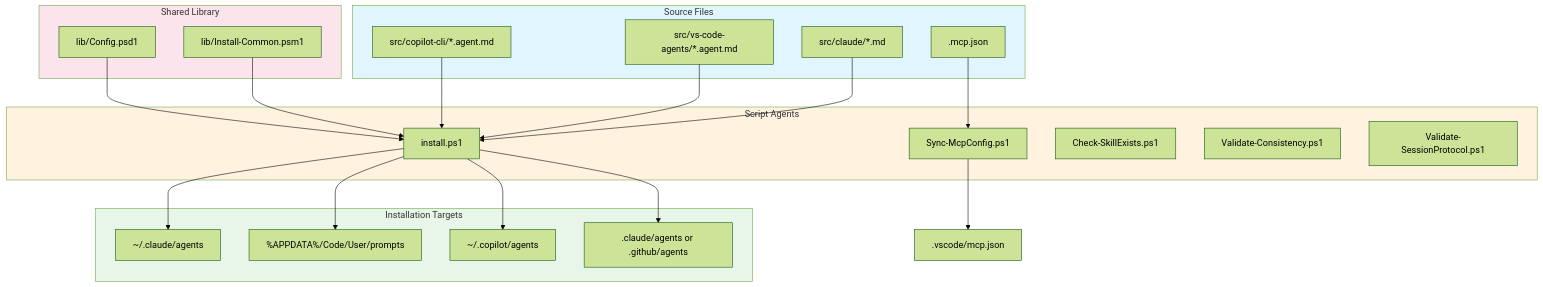
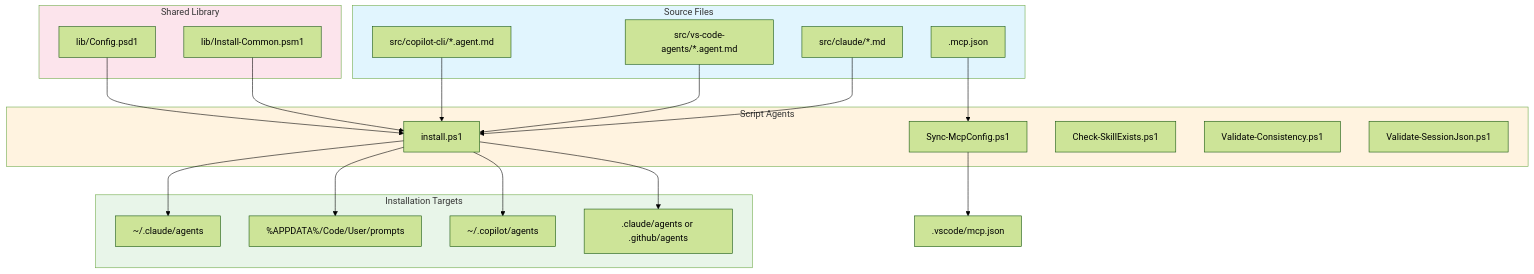
Before and after one commit to rjmurillo/ai-agents: the first of 2 diagrams in scripts/AGENTS.md, drawn with Mermaid (forest theme). The commit also changed other lines of this file and 99 other files, not shown here.

````diff
--- a/scripts/AGENTS.md
+++ b/scripts/AGENTS.md
@@ -142,47 +142,47 @@
 ```mermaid
 flowchart TD
     subgraph Sources["Source Files"]
         SC[src/claude/*.md]
         SV[src/vs-code-agents/*.agent.md]
         SCP[src/copilot-cli/*.agent.md]
         MCP[.mcp.json]
     end
 
     subgraph Scripts["Script Agents"]
         INS[install.ps1]
         SYN[Sync-McpConfig.ps1]
         CHK[Check-SkillExists.ps1]
         VCS[Validate-Consistency.ps1]
-        VSP[Validate-SessionProtocol.ps1]
+        VSP[Validate-SessionJson.ps1]
     end
 
     subgraph Lib["Shared Library"]
         COM[lib/Install-Common.psm1]
         CFG[lib/Config.psd1]
     end
 
     subgraph Targets["Installation Targets"]
         CLG[~/.claude/agents]
         VSG[%APPDATA%/Code/User/prompts]
         CPG[~/.copilot/agents]
         REP[.claude/agents or .github/agents]
     end
 
     SC --> INS
     SV --> INS
     SCP --> INS
     COM --> INS
     CFG --> INS
     INS --> CLG
     INS --> VSG
     INS --> CPG
     INS --> REP
 
     MCP --> SYN
     SYN --> VSC[.vscode/mcp.json]
 
     style Sources fill:#e1f5fe
     style Scripts fill:#fff3e0
     style Lib fill:#fce4ec
     style Targets fill:#e8f5e9
 ```
````
